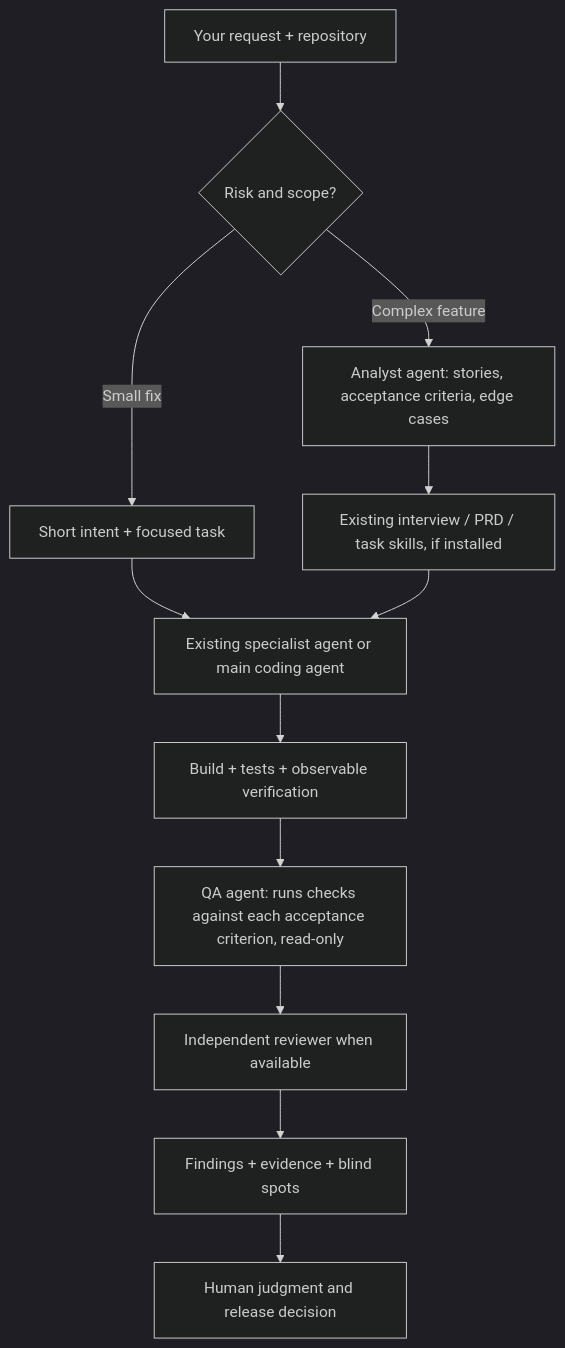
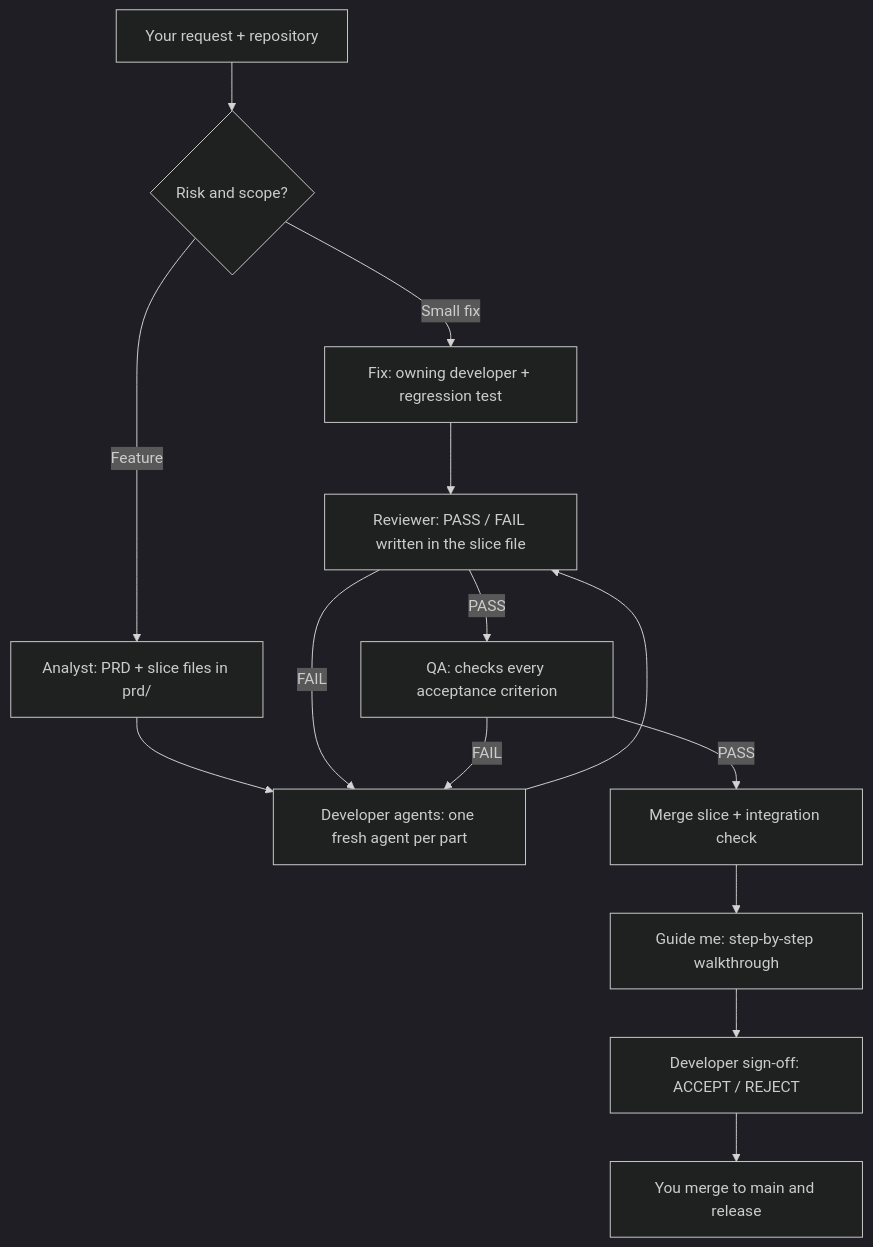
Before and after one commit to dimitriskl/engineering-judgment-skill: the diagram in README.md, drawn with Mermaid (dark theme). The commit also changed other lines of this file and 6 other files, not shown here.

````diff
--- a/README.md
+++ b/README.md
@@ -49,14 +49,16 @@
 ```mermaid
 flowchart TD
   A[Your request + repository] --> B{Risk and scope?}
-  B -->|Small fix| C[Short intent + focused task]
-  B -->|Complex feature| A2[Analyst agent: stories, acceptance criteria, edge cases]
-  A2 --> D[Existing interview / PRD / task skills, if installed]
-  C --> E[Existing specialist agent or main coding agent]
-  D --> E
-  E --> F[Build + tests + observable verification]
-  F --> Q[QA agent: runs checks against each acceptance criterion, read-only]
-  Q --> G[Independent reviewer when available]
-  G --> H[Findings + evidence + blind spots]
-  H --> I[Human judgment and release decision]
+  B -->|Small fix| C[Fix: owning developer + regression test]
+  B -->|Feature| D[Analyst: PRD + slice files in prd/]
+  D --> E[Developer agents: one fresh agent per part]
+  C --> R
+  E --> R[Reviewer: PASS / FAIL written in the slice file]
+  R -->|FAIL| E
+  R -->|PASS| Q[QA: checks every acceptance criterion]
+  Q -->|FAIL| E
+  Q -->|PASS| M[Merge slice + integration check]
+  M --> G[Guide me: step-by-step walkthrough]
+  G --> S[Developer sign-off: ACCEPT / REJECT]
+  S --> H[You merge to main and release]
 ```
````
